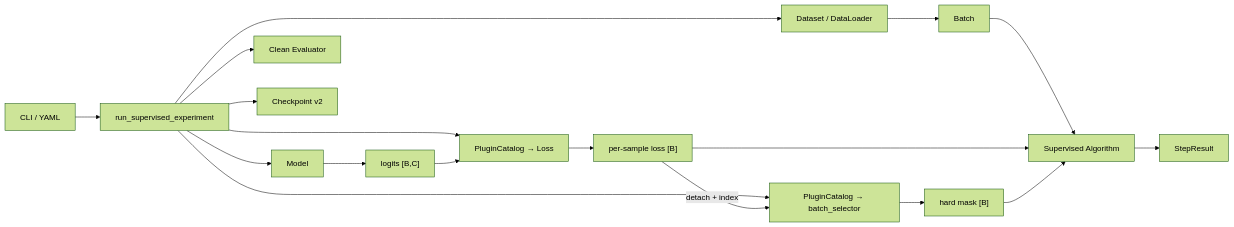
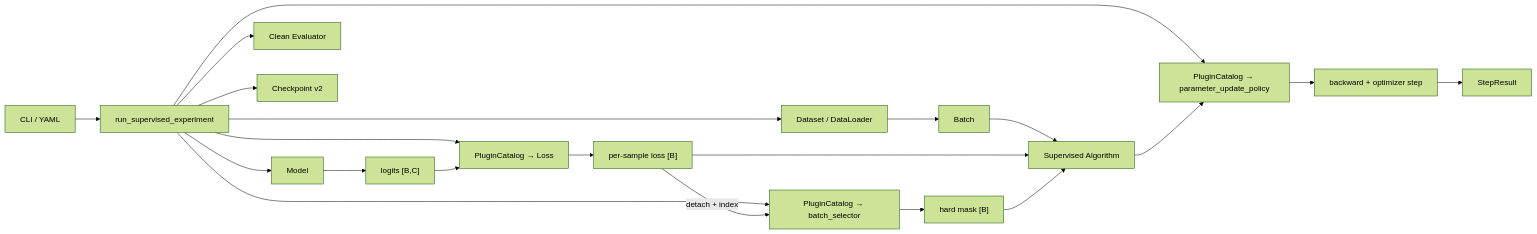
One commit to seanlee-lile/LNL-toolbox changed the diagram in docs/data-flow-guide.md. Above: the diagram before and after it, drawn with Mermaid (forest theme). The commit also changed other lines of this file and 14 other files, not shown here.

Commit message:
Add CDR parameter update policy

````diff
--- a/docs/data-flow-guide.md
+++ b/docs/data-flow-guide.md
@@ -9,20 +9,23 @@
 ```mermaid
 flowchart LR
     A["CLI / YAML"] --> B["run_supervised_experiment"]
     B --> C["Dataset / DataLoader"]
     B --> D["Model"]
     B --> E["PluginCatalog → Loss"]
     B --> S["PluginCatalog → batch_selector"]
+    B --> P["PluginCatalog → parameter_update_policy"]
     C --> F["Batch"]
     D --> G["logits [B,C]"]
     G --> E
     E --> H["per-sample loss [B]"]
     H -->|"detach + index"| S
     S --> M["hard mask [B]"]
     F --> I["Supervised Algorithm"]
     H --> I
     M --> I
-    I --> J["StepResult"]
+    I --> P
+    P --> J["backward + optimizer step"]
+    J --> R["StepResult"]
     B --> K["Clean Evaluator"]
     B --> L["Checkpoint v2"]
 ```
````
